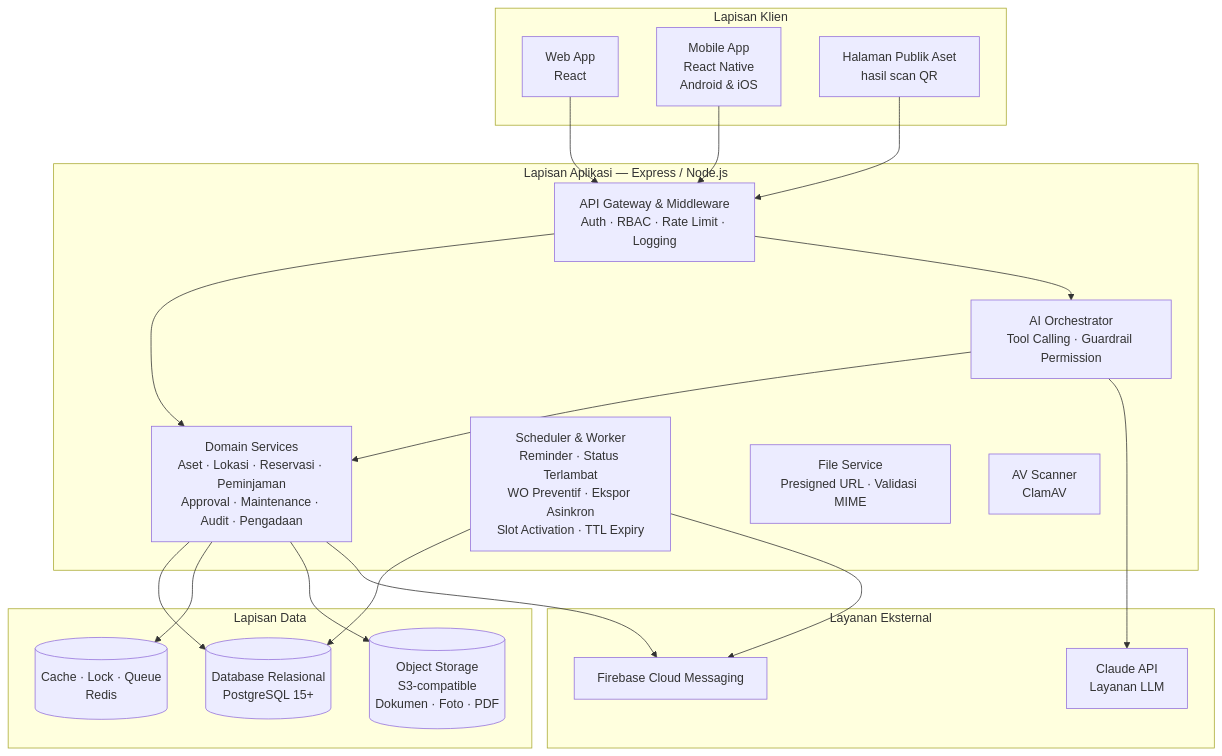
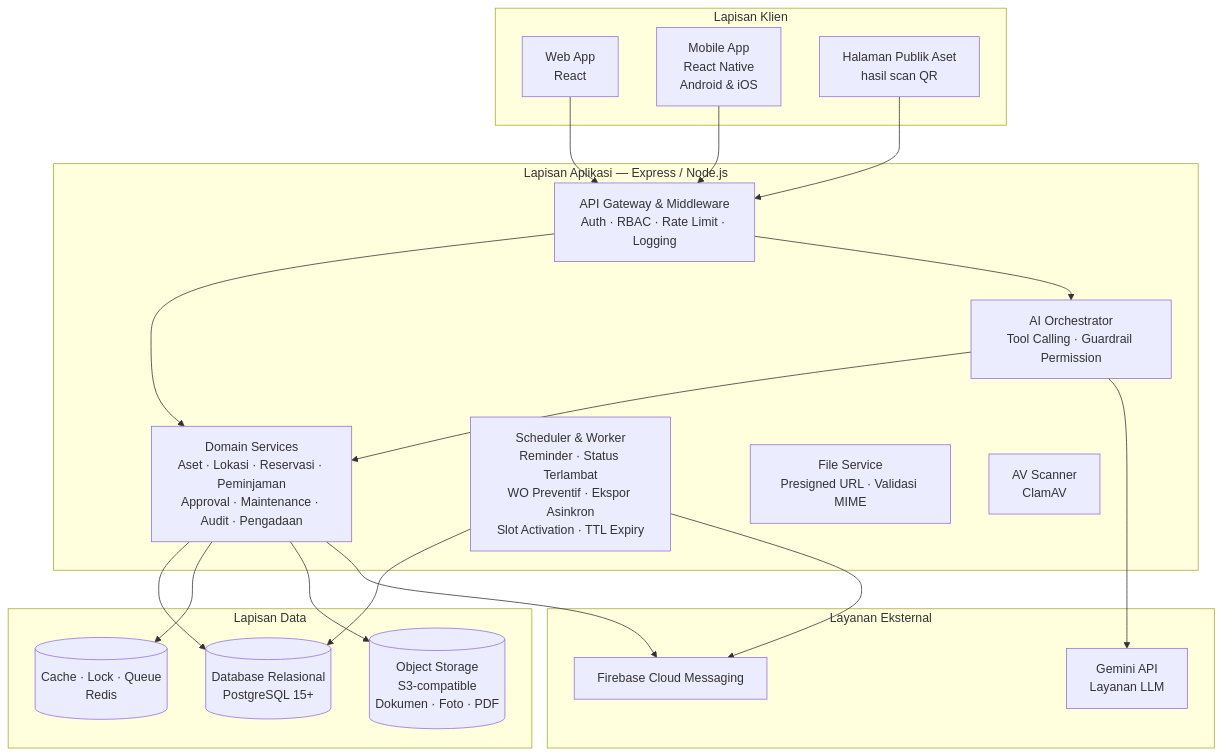
The first of 5 diagrams in docs/PRD/03-architecture/system-overview.md (HanzzzBD/SIGM4), drawn with Mermaid before and after one commit. The commit also changed 17 other files, not shown here.

````diff
--- a/docs/PRD/03-architecture/system-overview.md
+++ b/docs/PRD/03-architecture/system-overview.md
@@ -5,42 +5,42 @@
 ```mermaid
 flowchart TB
     subgraph CLIENT["Lapisan Klien"]
         W["Web App<br/>React"]
         M["Mobile App<br/>React Native<br/>Android & iOS"]
         PUB["Halaman Publik Aset<br/>hasil scan QR"]
     end
 
     subgraph API["Lapisan Aplikasi — Express / Node.js"]
         GW["API Gateway & Middleware<br/>Auth · RBAC · Rate Limit · Logging"]
         SVC["Domain Services<br/>Aset · Lokasi · Reservasi · Peminjaman<br/>Approval · Maintenance · Audit · Pengadaan"]
         JOB["Scheduler & Worker<br/>Reminder · Status Terlambat<br/>WO Preventif · Ekspor Asinkron<br/>Slot Activation · TTL Expiry"]
         AI["AI Orchestrator<br/>Tool Calling · Guardrail Permission"]
         FILE["File Service<br/>Presigned URL · Validasi MIME"]
         AV["AV Scanner<br/>ClamAV"]
     end
 
     subgraph DATA["Lapisan Data"]
         DB[("Database Relasional<br/>PostgreSQL 15+")]
         CACHE[("Cache · Lock · Queue<br/>Redis")]
         OBJ[("Object Storage<br/>S3-compatible<br/>Dokumen · Foto · PDF")]
     end
 
     subgraph EXT["Layanan Eksternal"]
         FCM["Firebase Cloud Messaging"]
-        LLM["Claude API<br/>Layanan LLM"]
+        LLM["Gemini API<br/>Layanan LLM"]
     end
 
     W --> GW
     M --> GW
     PUB --> GW
     GW --> SVC
     SVC --> DB
     SVC --> CACHE
     SVC --> OBJ
     JOB --> DB
     JOB --> FCM
     SVC --> FCM
     GW --> AI
     AI --> SVC
     AI --> LLM
 ```
````
